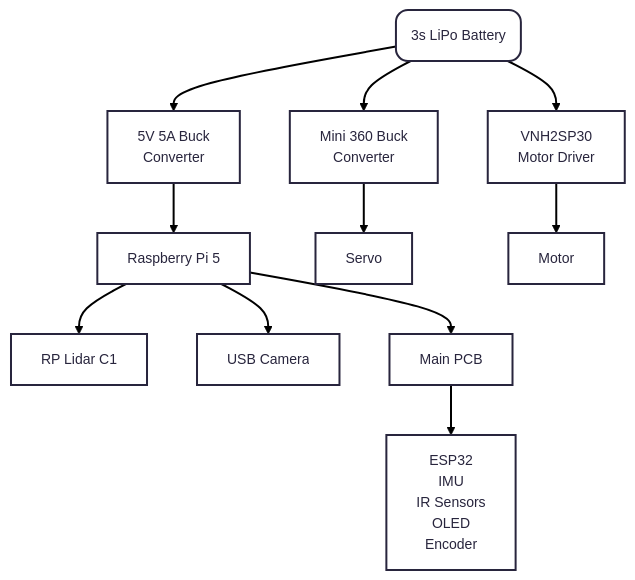
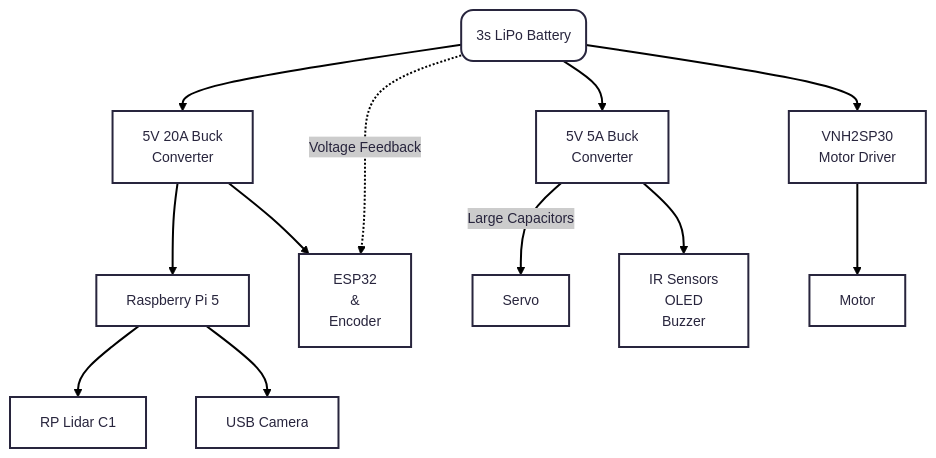
Before and after one commit to A-N-M-Noor/LazyGo_WRO2025: the fourth of 4 diagrams in README.md, drawn with Mermaid.

Commit message:
Update power flowchart in README

````diff
--- a/README.md
+++ b/README.md
@@ -412,14 +412,15 @@
 ```mermaid
 ---
 config:
   theme: redux
 ---
 flowchart TD
-    n1["3s LiPo Battery"] --> n3["5V 5A Buck<br>Converter"] & n4["Mini 360 Buck<br>Converter"] & n5["VNH2SP30<br>Motor Driver"]
-    n3 --> n6["Raspberry Pi 5"]
-    n6 --> n7["RP Lidar C1"] & n8["USB Camera"] & n9["Main PCB"]
-    n9 --> n10["ESP32<br>IMU<br>IR Sensors<br>OLED<br>Encoder"]
-    n4 --> n11["Servo"]
+    n1["3s LiPo Battery"] --> n3["5V 20A Buck<br>Converter"] & n4["5V 5A Buck<br>Converter"] & n5["VNH2SP30<br>Motor Driver"]
+    n3 --> n6["Raspberry Pi 5"] & n7["ESP32<br>&<br>Encoder"]
+    n6 --> n8["RP Lidar C1"] & n9["USB Camera"]
+    n4 -- Large Capacitors --> n10["Servo"]
+    n4 --> n11["IR Sensors<br>OLED<br>Buzzer"]
     n5 --> n12["Motor"]
+    n1 -. Voltage Feedback .-> n7
     n1@{ shape: rounded}
 ```
````
